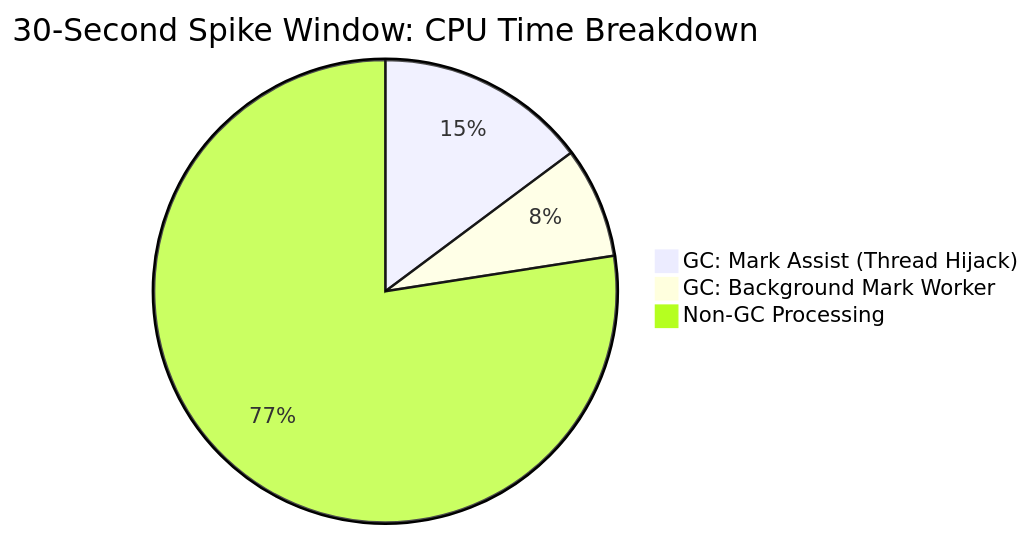
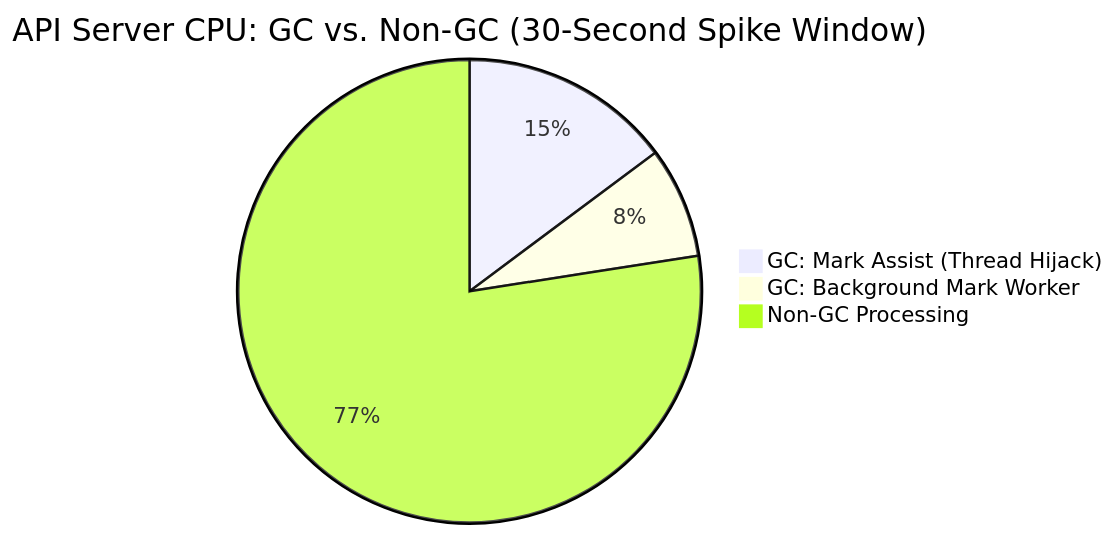
One commit to seans3/ci-test-agents changed the diagram in triage-journals/2062218224480555008/journal.md. Above: the diagram before and after it, drawn with Mermaid. The commit also changed 1 other file, not shown here.

Commit message:
Update chart titles to explicitly highlight GC vs. Non-GC CPU time

````diff
--- a/triage-journals/2062218224480555008/journal.md
+++ b/triage-journals/2062218224480555008/journal.md
@@ -54,6 +54,6 @@
 ```mermaid
-pie title 30-Second Spike Window: CPU Time Breakdown
+pie title API Server CPU: GC vs. Non-GC (30-Second Spike Window)
     "GC: Mark Assist (Thread Hijack)" : 68.92
     "GC: Background Mark Worker" : 36.08
     "Non-GC Processing" : 360.85
 ```
````
